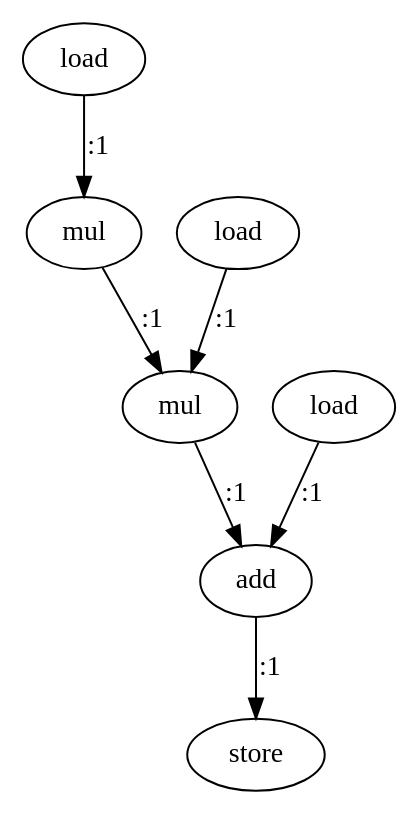
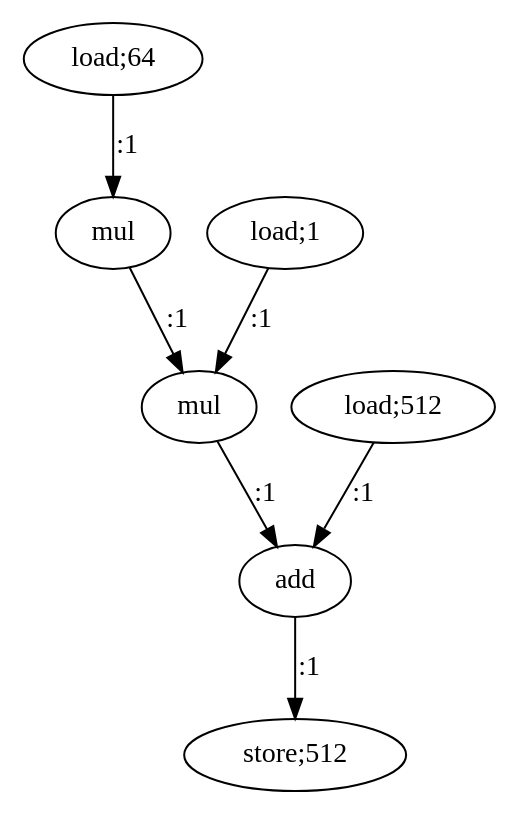
Before and after one commit to nikhilsambhus/MASc-graphDots: the diagram in gemm1.dot, drawn with Graphviz. The commit also changed 51 other files, not shown here.

```diff
--- a/gemm1.dot
+++ b/gemm1.dot
@@ -1,16 +1,16 @@
 digraph  {
-   0 [label="load"];
+   0 [label="load;64"];
    1 [label="mul"];
-   2 [label="load"];
+   2 [label="load;1"];
    3 [label="mul"];
-   4 [label="load"];
+   4 [label="load;512"];
    5 [label="add"];
-   6 [label="store"];
+   6 [label="store;512"];
 
    0->1 [label=":1"]
    1->3 [label=":1"]
    2->3 [label=":1"]
    3->5 [label=":1"]
    4->5 [label=":1"]
    5->6 [label=":1"]
 }
```
